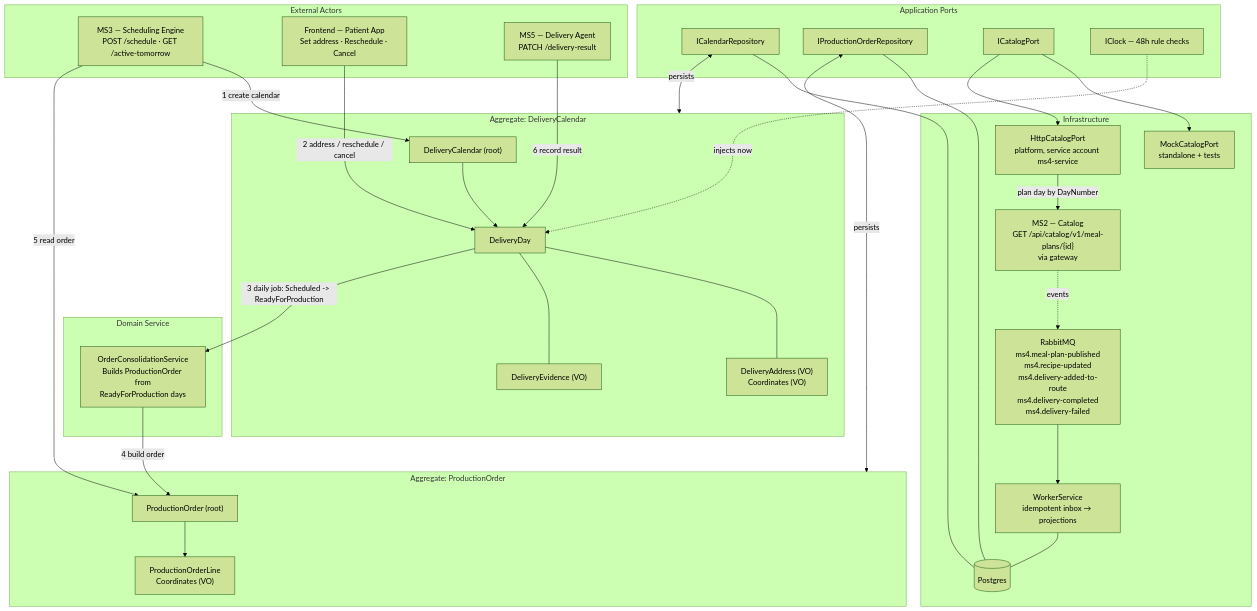
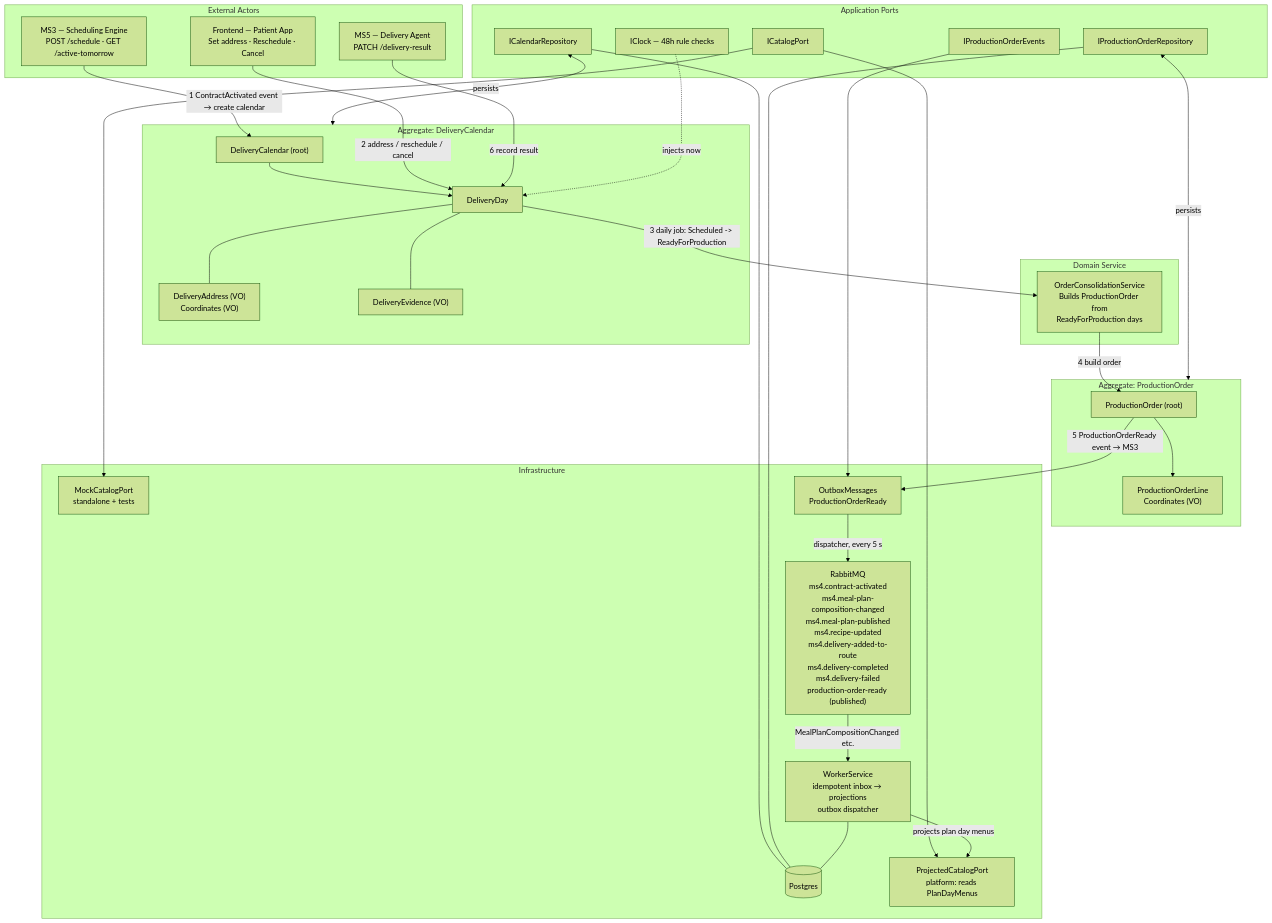
One commit to Nur-tricenter/ms4-delivery-schedule-management changed the second of 2 diagrams in README.md. Above: the diagram before and after it, drawn with Mermaid (forest theme). The commit also changed other lines of this file and 26 other files, not shown here.

````diff
--- a/README.md
+++ b/README.md
@@ -202,64 +204,66 @@
 ```mermaid
 flowchart TD
     subgraph EXT["External Actors"]
         MS3["MS3 — Scheduling Engine\nPOST /schedule · GET /active-tomorrow"]
         FE["Frontend — Patient App\nSet address · Reschedule · Cancel"]
         MS5["MS5 — Delivery Agent\nPATCH /delivery-result"]
     end
 
     subgraph AGG1["Aggregate: DeliveryCalendar"]
         DC["DeliveryCalendar (root)"]
         DD["DeliveryDay"]
         DA["DeliveryAddress (VO)\nCoordinates (VO)"]
         DEV["DeliveryEvidence (VO)"]
         DC --> DD
         DD --- DA
         DD --- DEV
     end
 
     subgraph SVC["Domain Service"]
         OCS["OrderConsolidationService\nBuilds ProductionOrder from\nReadyForProduction days"]
     end
 
     subgraph AGG2["Aggregate: ProductionOrder"]
         PO["ProductionOrder (root)"]
         POL["ProductionOrderLine\nCoordinates (VO)"]
         PO --> POL
     end
 
     subgraph PORTS["Application Ports"]
         ICALR["ICalendarRepository"]
         IPOR["IProductionOrderRepository"]
         ICP["ICatalogPort"]
+        IPOE["IProductionOrderEvents"]
         ICL["IClock — 48h rule checks"]
     end
 
     subgraph INFRA["Infrastructure"]
         DB[("Postgres")]
         MOCK["MockCatalogPort\nstandalone + tests"]
-        HTTP["HttpCatalogPort\nplatform, service account ms4-service"]
-        MS2["MS2 — Catalog\nGET /api/catalog/v1/meal-plans/{id}\nvia gateway"]
-        MQ["RabbitMQ\nms4.meal-plan-published\nms4.recipe-updated\nms4.delivery-added-to-route\nms4.delivery-completed\nms4.delivery-failed"]
-        WRK["WorkerService\nidempotent inbox → projections"]
+        PROJ["ProjectedCatalogPort\nplatform: reads PlanDayMenus"]
+        OBX["OutboxMessages\nProductionOrderReady"]
+        MQ["RabbitMQ\nms4.contract-activated\nms4.meal-plan-composition-changed\nms4.meal-plan-published\nms4.recipe-updated\nms4.delivery-added-to-route\nms4.delivery-completed\nms4.delivery-failed\nproduction-order-ready (published)"]
+        WRK["WorkerService\nidempotent inbox → projections\noutbox dispatcher"]
     end
 
-    MS3 -->|"1 create calendar"| DC
+    MS3 -->|"1 ContractActivated event → create calendar"| DC
     FE  -->|"2 address / reschedule / cancel"| DD
     DD  -->|"3 daily job: Scheduled -> ReadyForProduction"| OCS
     OCS -->|"4 build order"| PO
-    MS3 -->|"5 read order"| PO
+    PO -->|"5 ProductionOrderReady event → MS3"| OBX
     MS5 -->|"6 record result"| DD
 
     ICALR <-->|persists| AGG1
     IPOR  <-->|persists| AGG2
     ICALR --- DB
     IPOR  --- DB
 
     ICP --> MOCK
-    ICP --> HTTP
-    HTTP -->|"plan day by DayNumber"| MS2
-    MS2 -.->|events| MQ
-    MQ --> WRK
+    ICP --> PROJ
+    IPOE --> OBX
+    OBX -->|"dispatcher, every 5 s"| MQ
+    MQ -->|"MealPlanCompositionChanged etc."| WRK
+    WRK -->|"projects plan day menus"| PROJ
     WRK --- DB
     ICL  -.->|"injects now"| DD
 ```
````
